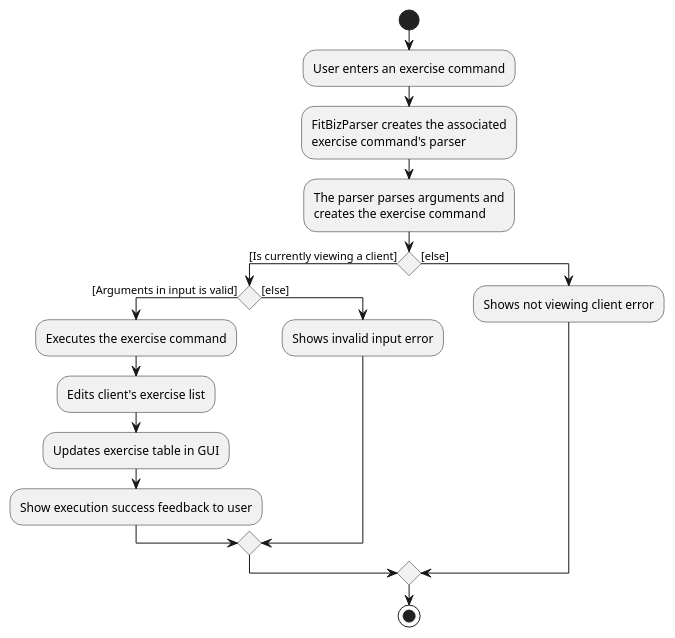
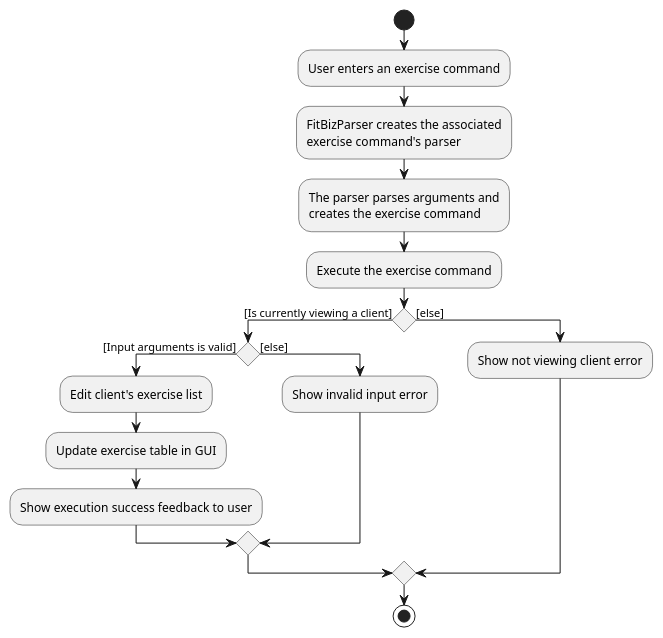
The diagram in docs/diagrams/ExerciseCommandsActivityDiagram.puml (nus-cs2103-AY1920S2/addressbook-level3), drawn with PlantUML before and after one commit. The commit also changed 7 other files, not shown here.

Commit message:
fix uml diagrams

```diff
--- a/docs/diagrams/ExerciseCommandsActivityDiagram.puml
+++ b/docs/diagrams/ExerciseCommandsActivityDiagram.puml
@@ -1,28 +1,27 @@
 @startuml ExerciseCommandActivityDiagram
 start
 
 
 :User enters an exercise command;
 :FitBizParser creates the associated
 exercise command's parser;
 :The parser parses arguments and
 creates the exercise command;
-
+:Execute the exercise command;
 'Since the beta syntax does not support placing the condition outside the
 'diamond we place it as the true branch instead.
 
 if () then ([Is currently viewing a client])
-    if () then ([Arguments in input is valid])
-        :Executes the exercise command;
-        :Edits client's exercise list;
-        :Updates exercise table in GUI;
+    if () then ([Input arguments is valid])
+        :Edit client's exercise list;
+        :Update exercise table in GUI;
         :Show execution success feedback to user;
     else ([else])
-        :Shows invalid input error;
+        :Show invalid input error;
     endif
 else ([else])
-    :Shows not viewing client error;
+    :Show not viewing client error;
 endif
 
 stop
 @enduml
```
